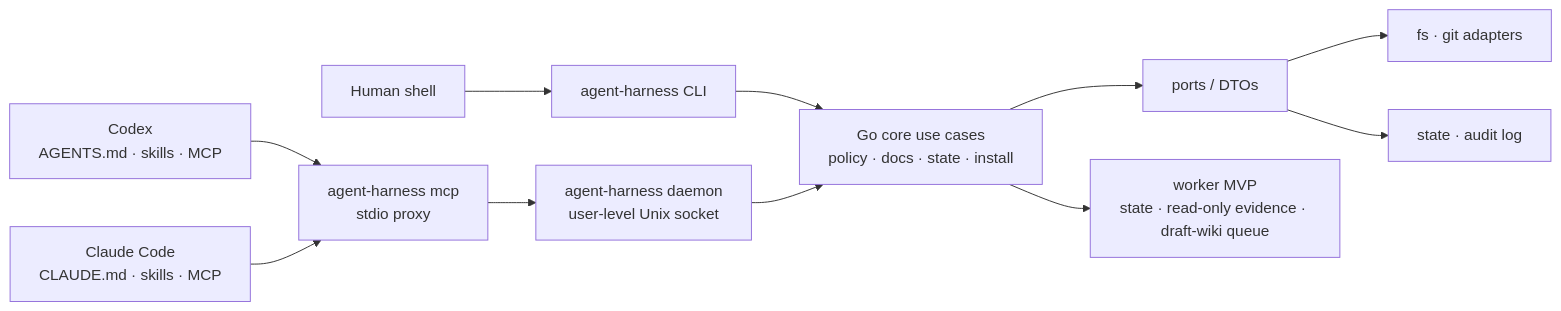
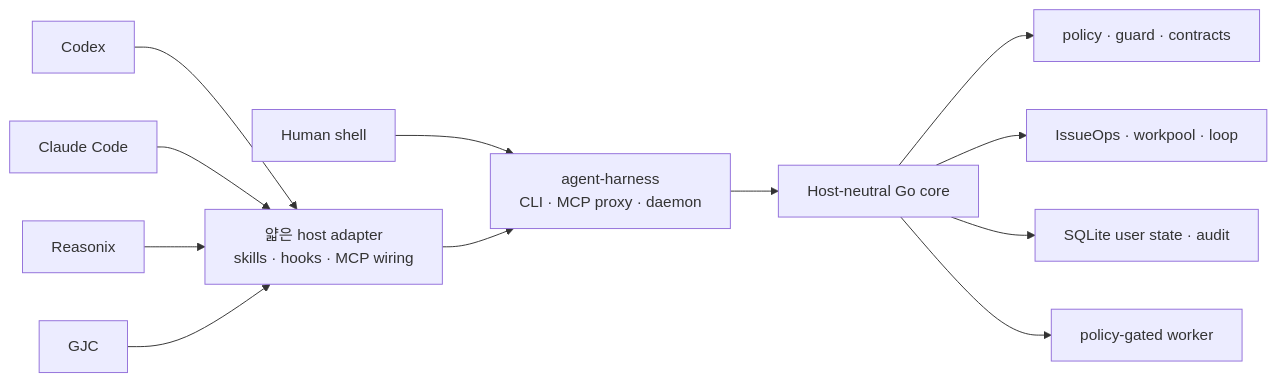
Before and after one commit to m16khb-org/agent-harness: the diagram in README.md, drawn with Mermaid. The commit also changed other lines of this file and 5 other files, not shown here.

````diff
--- a/README.md
+++ b/README.md
@@ -90,14 +73,14 @@
 ```mermaid
 flowchart LR
-    Codex[Codex<br/>AGENTS.md · skills · MCP] --> MCP[agent-harness mcp<br/>stdio proxy]
-    Claude[Claude Code<br/>CLAUDE.md · skills · MCP] --> MCP
-    Human[Human shell] --> CLI[agent-harness CLI]
-
-    MCP --> Daemon[agent-harness daemon<br/>user-level Unix socket]
-    CLI --> Core[Go core use cases<br/>policy · docs · state · install]
-    Daemon --> Core
-    Core --> Ports[ports / DTOs]
-    Ports --> FS[fs · git adapters]
-    Ports --> State[state · audit log]
-    Core --> Worker[worker MVP<br/>state · read-only evidence · draft-wiki queue]
+    Codex["Codex"] --> Host["얇은 host adapter<br/>skills · hooks · MCP wiring"]
+    Claude["Claude Code"] --> Host
+    Reasonix["Reasonix"] --> Host
+    GJC["GJC"] --> Host
+    Shell["Human shell"] --> Surface["agent-harness<br/>CLI · MCP proxy · daemon"]
+    Host --> Surface
+    Surface --> Core["Host-neutral Go core"]
+    Core --> Policy["policy · guard · contracts"]
+    Core --> Flow["IssueOps · workpool · loop"]
+    Core --> State["SQLite user state · audit"]
+    Core --> Worker["policy-gated worker"]
 ```
````
